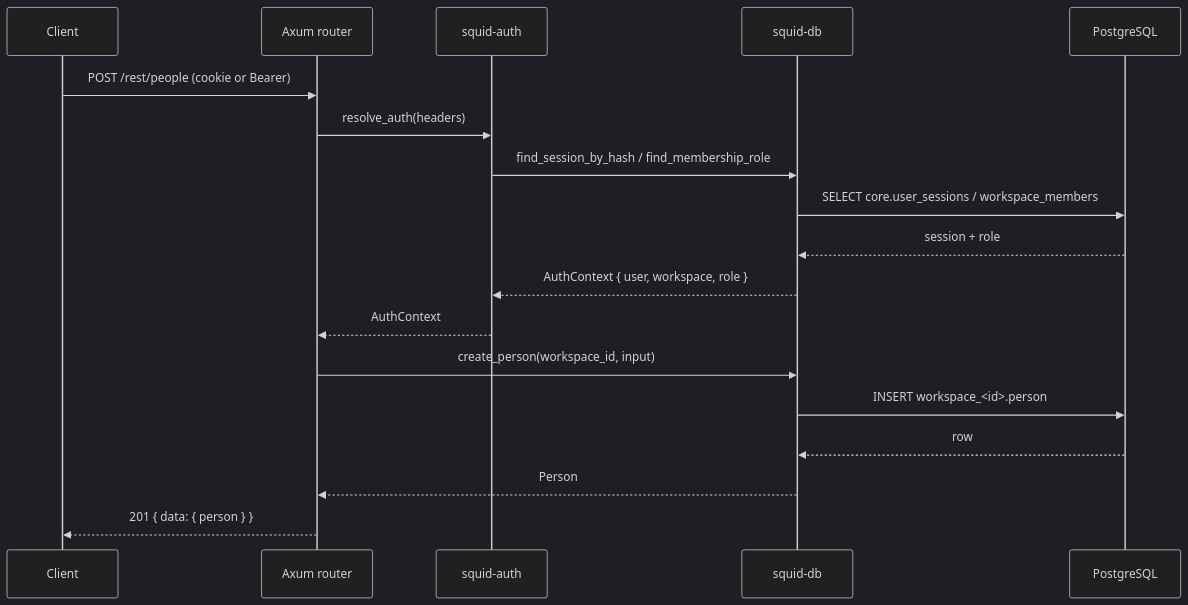
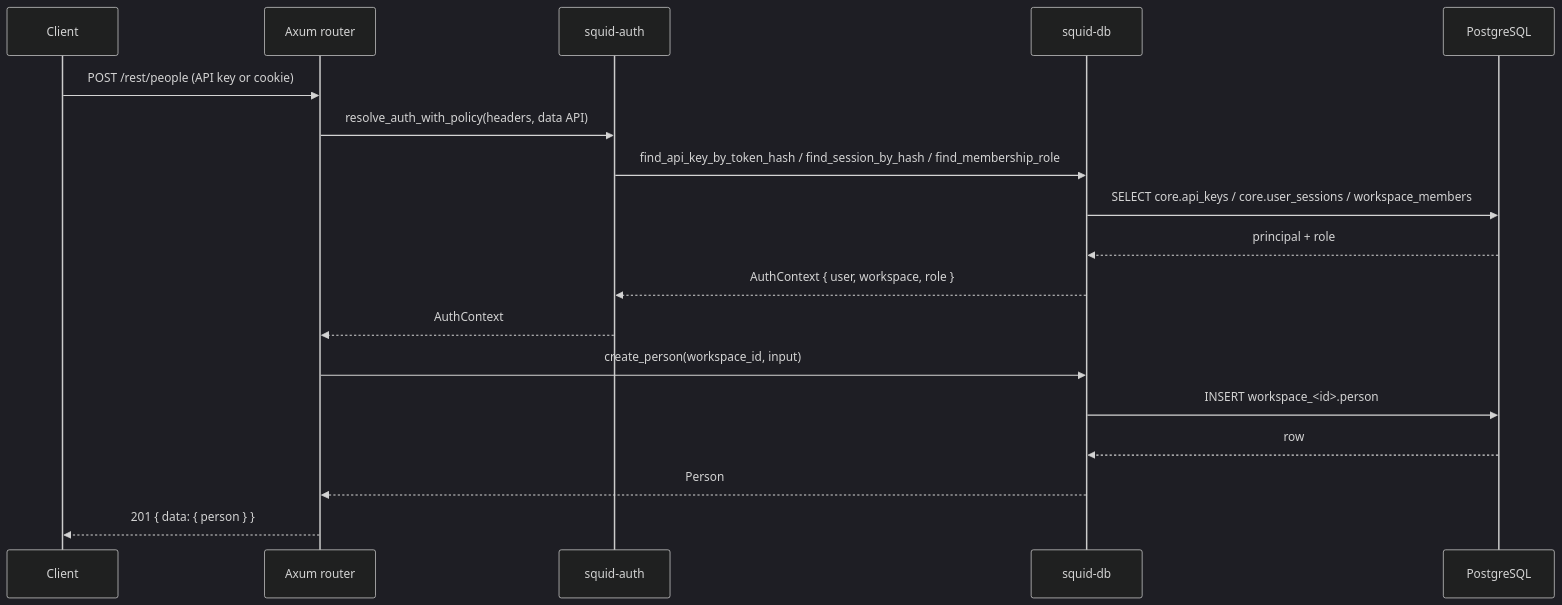
Before and after one commit to Mullassery/Squid-CRM: the second of 3 diagrams in docs/architecture/overview.md, drawn with Mermaid (dark theme). The commit also changed other lines of this file and 54 other files, not shown here.

````diff
--- a/docs/architecture/overview.md
+++ b/docs/architecture/overview.md
@@ -31,21 +31,21 @@
 ```mermaid
 sequenceDiagram
   participant C as Client
   participant A as Axum router
   participant Auth as squid-auth
   participant Repo as squid-db
   participant P as PostgreSQL
 
-  C->>A: POST /rest/people (cookie or Bearer)
-  A->>Auth: resolve_auth(headers)
-  Auth->>Repo: find_session_by_hash / find_membership_role
-  Repo->>P: SELECT core.user_sessions / workspace_members
-  P-->>Repo: session + role
+  C->>A: POST /rest/people (API key or cookie)
+  A->>Auth: resolve_auth_with_policy(headers, data API)
+  Auth->>Repo: find_api_key_by_token_hash / find_session_by_hash / find_membership_role
+  Repo->>P: SELECT core.api_keys / core.user_sessions / workspace_members
+  P-->>Repo: principal + role
   Repo-->>Auth: AuthContext { user, workspace, role }
   Auth-->>A: AuthContext
   A->>Repo: create_person(workspace_id, input)
   Repo->>P: INSERT workspace_<id>.person
   P-->>Repo: row
   Repo-->>A: Person
   A-->>C: 201 { data: { person } }
 ```
````
